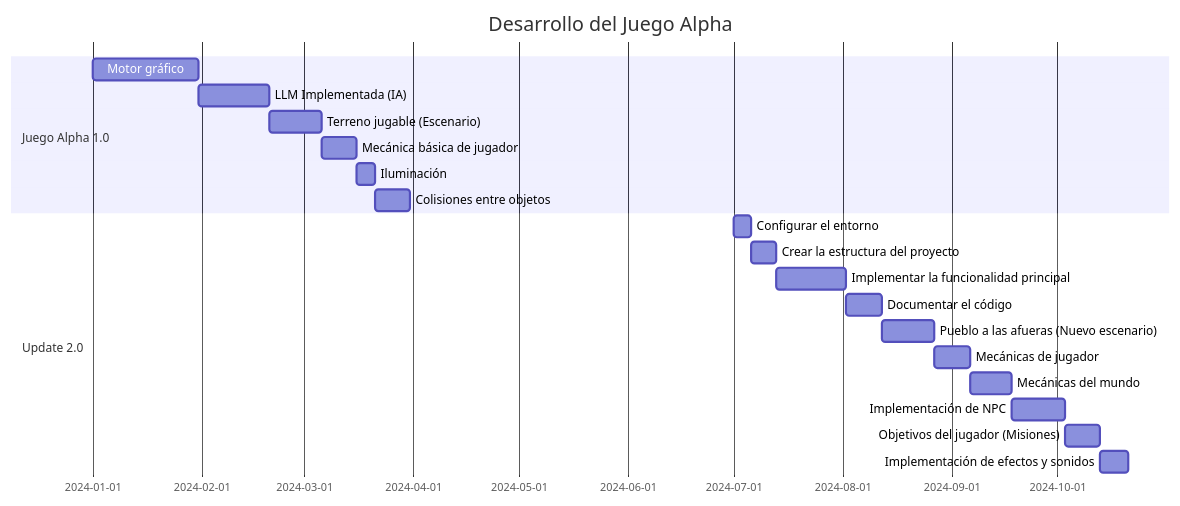
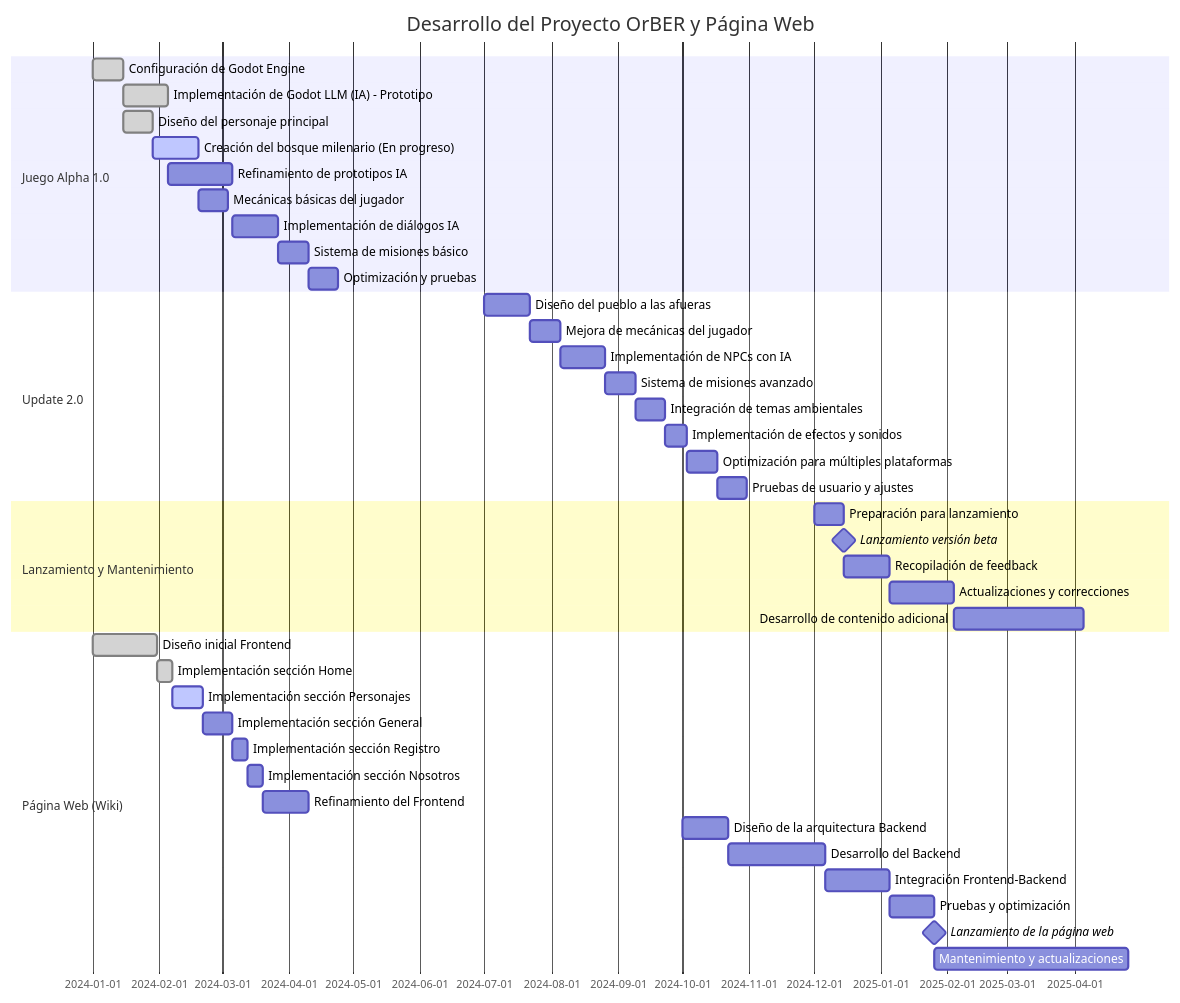
One commit to FelixCanosa/Beta-programa changed the diagram in README.md. Above: the diagram before and after it, drawn with Mermaid.

Commit message:
Update README.md
mejorando el digrama de Gannt

````diff
--- a/README.md
+++ b/README.md
@@ -47,24 +47,47 @@
 ```mermaid
 gantt
-	title Desarrollo del Juego Alpha
-	dateFormat  YYYY-MM-DD
-	section Juego Alpha 1.0
-	Motor gráfico           :a1, 2024-01-01, 30d
-	LLM Implementada (IA)   :a2, after a1, 20d
-	Terreno jugable (Escenario) :a3, after a2, 15d
-	Mecánica básica de jugador :a4, after a3, 10d
-	Iluminación             :a5, after a4, 5d
-	Colisiones entre objetos :a6, after a5, 10d
+    title Desarrollo del Proyecto OrBER y Página Web
+    dateFormat YYYY-MM-DD
+    section Juego Alpha 1.0
+    Configuración de Godot Engine      :done, a1, 2024-01-01, 14d
+    Implementación de Godot LLM (IA) - Prototipo :done, a2, after a1, 21d
+    Diseño del personaje principal     :done, a3, 2024-01-15, 14d
+    Creación del bosque milenario (En progreso) :active, a4, after a3, 21d
+    Refinamiento de prototipos IA      :a5, after a2, 30d
+    Mecánicas básicas del jugador      :a6, after a4, 14d
+    Implementación de diálogos IA      :a7, after a5, 21d
+    Sistema de misiones básico         :a8, after a6 a7, 14d
+    Optimización y pruebas             :a9, after a8, 14d
+    
+    section Update 2.0
+    Diseño del pueblo a las afueras    :b1, 2024-07-01, 21d
+    Mejora de mecánicas del jugador    :b2, after b1, 14d
+    Implementación de NPCs con IA      :b3, after b2, 21d
+    Sistema de misiones avanzado       :b4, after b3, 14d
+    Integración de temas ambientales   :b5, after b4, 14d
+    Implementación de efectos y sonidos :b6, after b5, 10d
+    Optimización para múltiples plataformas :b7, after b6, 14d
+    Pruebas de usuario y ajustes       :b8, after b7, 14d
+    
+    section Lanzamiento y Mantenimiento
+    Preparación para lanzamiento       :c1, 2024-12-01, 14d
+    Lanzamiento versión beta           :milestone, c2, after c1, 0d
+    Recopilación de feedback           :c3, after c2, 21d
+    Actualizaciones y correcciones     :c4, after c3, 30d
+    Desarrollo de contenido adicional  :c5, after c4, 60d
 
-	section Update 2.0
-	Configurar el entorno   :b1, 2024-07-01, 5d
-	Crear la estructura del proyecto :b2, after b1, 7d
-	Implementar la funcionalidad principal :b3, after b2, 20d
-	Documentar el código    :b4, after b3, 10d
-	Pueblo a las afueras (Nuevo escenario) :b5, after b4, 15d
-	Mecánicas de jugador    :b6, after b5, 10d
-	Mecánicas del mundo     :b7, after b6, 12d
-	Implementación de NPC   :b8, after b7, 15d
-	Objetivos del jugador (Misiones) :b9, after b8, 10d
-	Implementación de efectos y sonidos :b10, after b9, 8d
+    section Página Web (Wiki)
+    Diseño inicial Frontend            :done, w1, 2024-01-01, 30d
+    Implementación sección Home        :done, w2, after w1, 7d
+    Implementación sección Personajes  :active, w3, after w2, 14d
+    Implementación sección General     :w4, after w3, 14d
+    Implementación sección Registro    :w5, after w4, 7d
+    Implementación sección Nosotros    :w6, after w5, 7d
+    Refinamiento del Frontend          :w7, after w6, 21d
+    Diseño de la arquitectura Backend  :w8, 2024-10-01, 21d
+    Desarrollo del Backend             :w9, after w8, 45d
+    Integración Frontend-Backend       :w10, after w9, 30d
+    Pruebas y optimización             :w11, after w10, 21d
+    Lanzamiento de la página web       :milestone, w12, after w11, 0d
+    Mantenimiento y actualizaciones    :w13, after w12, 90d
 ```
````
